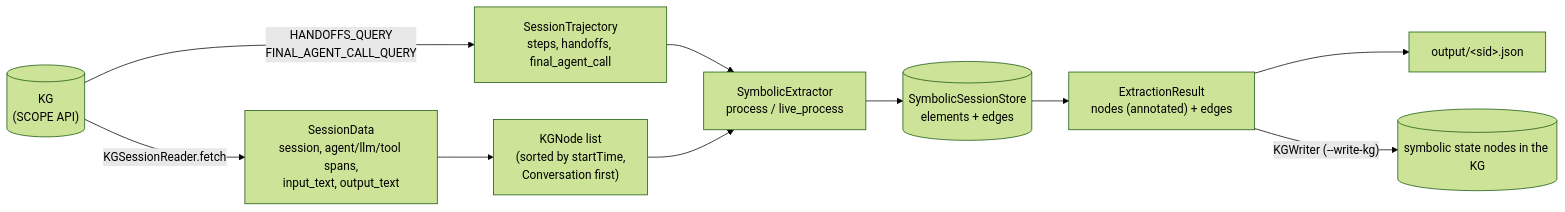
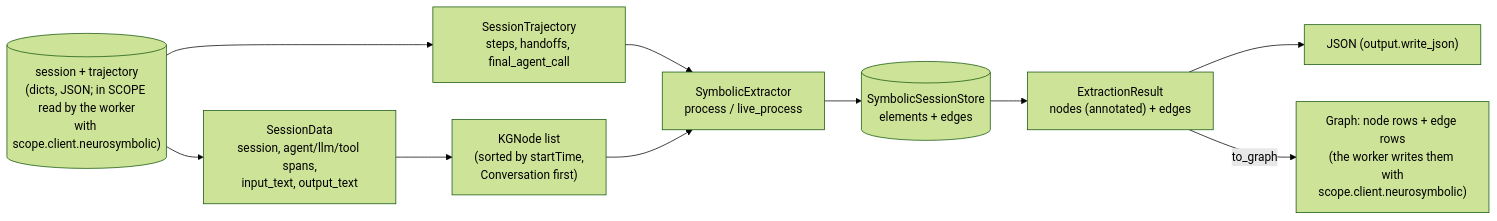
One commit to ioc-project/scope changed the first of 3 diagrams in backend/symbolic-extractor/KG-README.md. Above: the diagram before and after it, drawn with Mermaid (forest theme). The commit also changed other lines of this file and 56 other files, not shown here.

Commit message:
feat(backend): symbolic extraction worker

````diff
--- a/backend/symbolic-extractor/KG-README.md
+++ b/backend/symbolic-extractor/KG-README.md
@@ -24,12 +24,12 @@
 ```mermaid
 flowchart LR
-    KG[("KG<br/>(SCOPE API)")] -->|"KGSessionReader.fetch"| SD["SessionData<br/>session, agent/llm/tool spans,<br/>input_text, output_text"]
-    KG -->|"HANDOFFS_QUERY<br/>FINAL_AGENT_CALL_QUERY"| TR["SessionTrajectory<br/>steps, handoffs, final_agent_call"]
+    IN[("session + trajectory<br/>(dicts, JSON; in SCOPE read by the worker<br/>with scope.client.neurosymbolic)")] --> SD["SessionData<br/>session, agent/llm/tool spans,<br/>input_text, output_text"]
+    IN --> TR["SessionTrajectory<br/>steps, handoffs, final_agent_call"]
     SD --> NODES["KGNode list<br/>(sorted by startTime,<br/>Conversation first)"]
     TR --> EX
     NODES --> EX["SymbolicExtractor<br/>process / live_process"]
     EX --> ST[("SymbolicSessionStore<br/>elements + edges")]
     ST --> OUT["ExtractionResult<br/>nodes (annotated) + edges"]
-    OUT --> JSON["output/&lt;sid&gt;.json"]
-    OUT -->|"KGWriter (--write-kg)"| KGW[("symbolic state nodes in the KG")]
+    OUT --> JSON["JSON (output.write_json)"]
+    OUT -->|"to_graph"| GR["Graph: node rows + edge rows<br/>(the worker writes them with<br/>scope.client.neurosymbolic)"]
 ```
````
